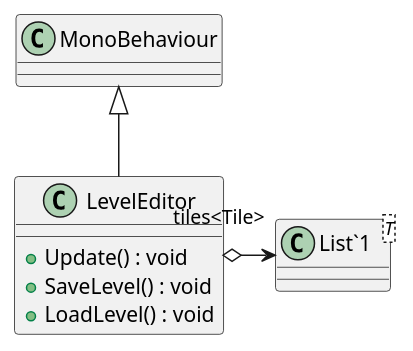
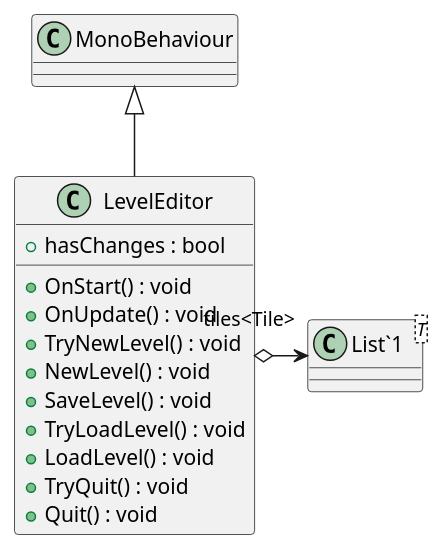
One commit to Zaephus/Prod_Tools changed the diagram in UML/Loco_Loco_Editor/Assets/01_Scripts/LevelEditor.puml. Above: the diagram before and after it, drawn with PlantUML. The commit also changed 26 other files, not shown here.

Commit message:
Generate UML (Generate UML)

```diff
--- a/UML/Loco_Loco_Editor/Assets/01_Scripts/LevelEditor.puml
+++ b/UML/Loco_Loco_Editor/Assets/01_Scripts/LevelEditor.puml
@@ -1,11 +1,18 @@
 @startuml
 class LevelEditor {
-    + Update() : void
+    + hasChanges : bool
+    + OnStart() : void
+    + OnUpdate() : void
+    + TryNewLevel() : void
+    + NewLevel() : void
     + SaveLevel() : void
+    + TryLoadLevel() : void
     + LoadLevel() : void
+    + TryQuit() : void
+    + Quit() : void
 }
 class "List`1"<T> {
 }
 MonoBehaviour <|-- LevelEditor
 LevelEditor o-> "tiles<Tile>" "List`1"
 @enduml
```
